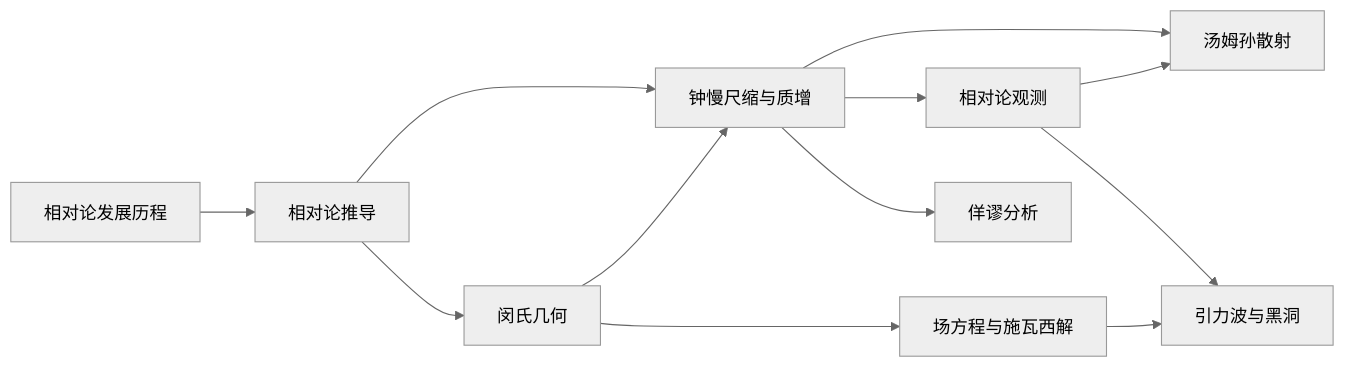
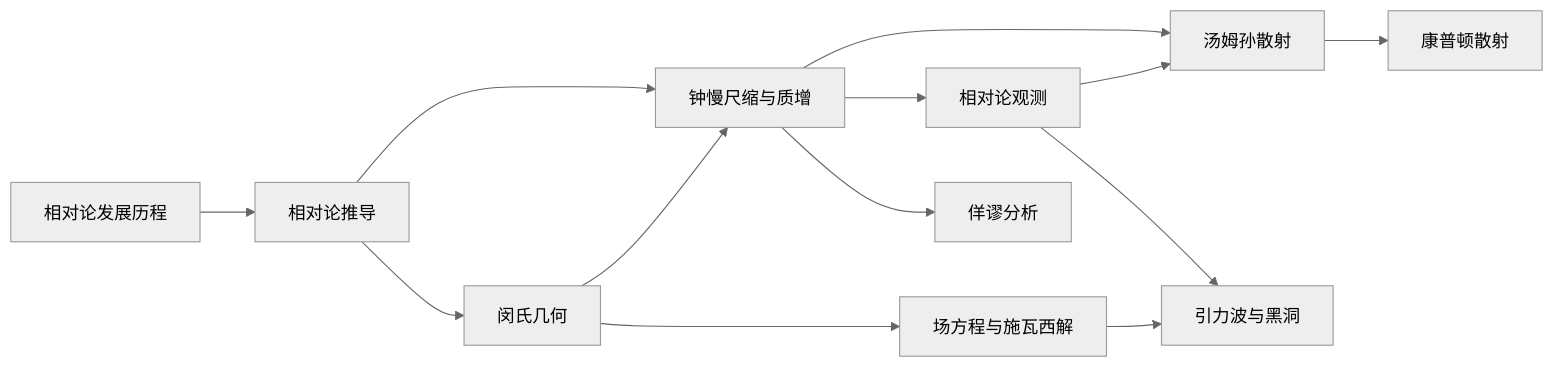
Before and after one commit to wym100171113/notes: the second of 2 diagrams in 物理/物理学大类/相对论/相对论专题.md, drawn with Mermaid (neutral theme). The commit also changed other lines of this file and 95 other files, not shown here.

````diff
--- a/物理/物理学大类/相对论/相对论专题.md
+++ b/物理/物理学大类/相对论/相对论专题.md
@@ -155,16 +167,17 @@
 ```mermaid
 flowchart LR
     A[相对论发展历程] --> B[相对论推导]
     B --> C[闵氏几何]
     B --> D[钟慢尺缩与质增]
     C --> D
     C --> I[场方程与施瓦西解]
     D --> E[相对论观测]
     D --> F[汤姆孙散射]
     D --> J[佯谬分析]
+    F --> M[康普顿散射]
     E --> F
     E --> H[引力波与黑洞]
     I --> H
 
-    class A,B,C,D,E,F,H,I,J internal-link;
+    class A,B,C,D,E,F,H,I,J,M internal-link;
 ```
````
